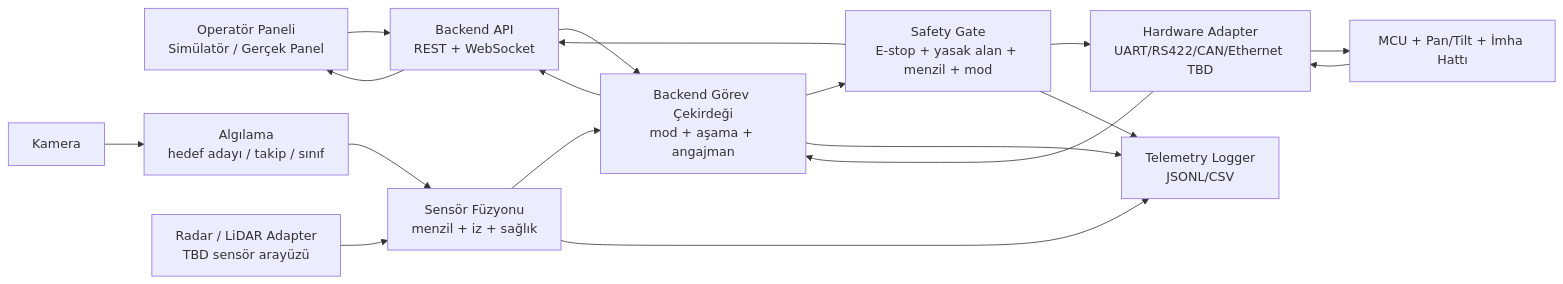
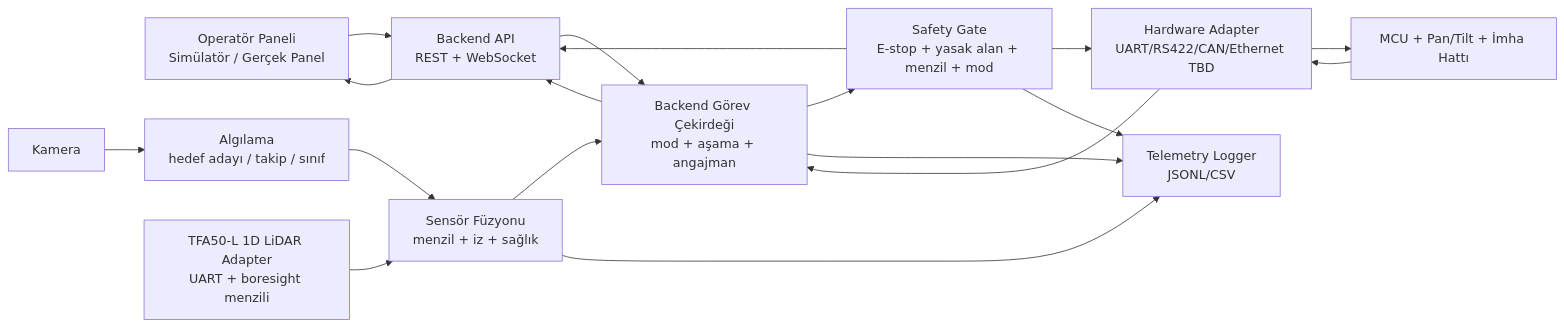
One commit to AlperKartkaya/gokkalkan changed the first of 11 diagrams in reports/diyagramlar/mermaid_kodu/ktr_mermaid_diagrams.md. Above: the diagram before and after it, drawn with Mermaid. The commit also changed other lines of this file and 25 other files, not shown here.

Commit message:
feat: replace generic Radar/LiDAR adapter with specific TFA50-L 1D LiDAR integration and update associated tests and documentation.

````diff
--- a/reports/diyagramlar/mermaid_kodu/ktr_mermaid_diagrams.md
+++ b/reports/diyagramlar/mermaid_kodu/ktr_mermaid_diagrams.md
@@ -7,20 +7,20 @@
 ```mermaid
 flowchart LR
     OperatorUI["Operatör Paneli\nSimülatör / Gerçek Panel"] --> Api["Backend API\nREST + WebSocket"]
     Camera["Kamera"] --> Perception["Algılama\nhedef adayı / takip / sınıf"]
-    RadarLidar["Radar / LiDAR Adapter\nTBD sensör arayüzü"] --> SensorFusion["Sensör Füzyonu\nmenzil + iz + sağlık"]
+    RadarLidar["TFA50-L 1D LiDAR Adapter\nUART + boresight menzili"] --> SensorFusion["Sensör Füzyonu\nmenzil + iz + sağlık"]
     Perception --> SensorFusion
     SensorFusion --> Backend["Backend Görev Çekirdeği\nmod + aşama + angajman"]
     Api --> Backend
     Backend --> Safety["Safety Gate\nE-stop + yasak alan + menzil + mod"]
     Safety --> Adapter["Hardware Adapter\nUART/RS422/CAN/Ethernet TBD"]
     Adapter --> MCU["MCU + Pan/Tilt + İmha Hattı"]
     MCU --> Adapter
     Adapter --> Backend
     Safety --> Logger["Telemetry Logger\nJSONL/CSV"]
     Backend --> Logger
     SensorFusion --> Logger
     Backend --> Api
     Api --> OperatorUI
     Safety --> Api
 ```
````
